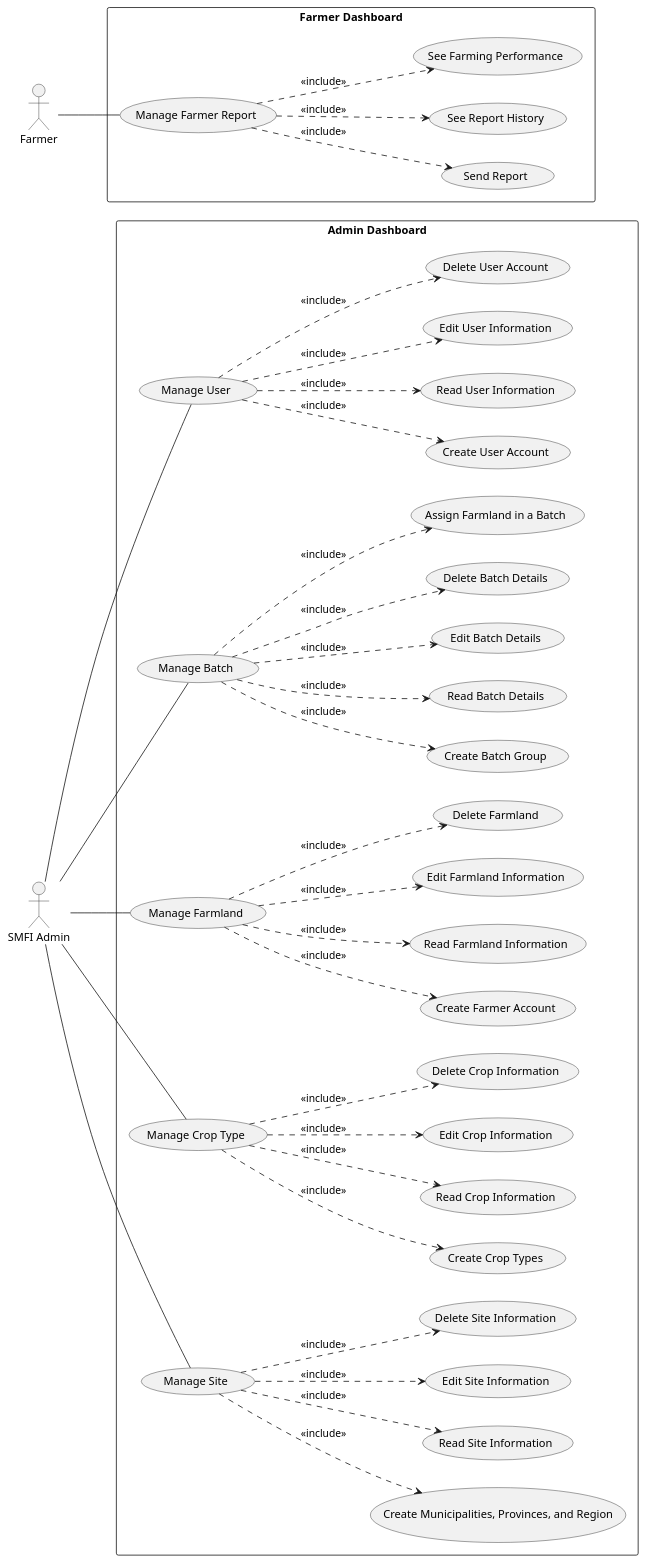
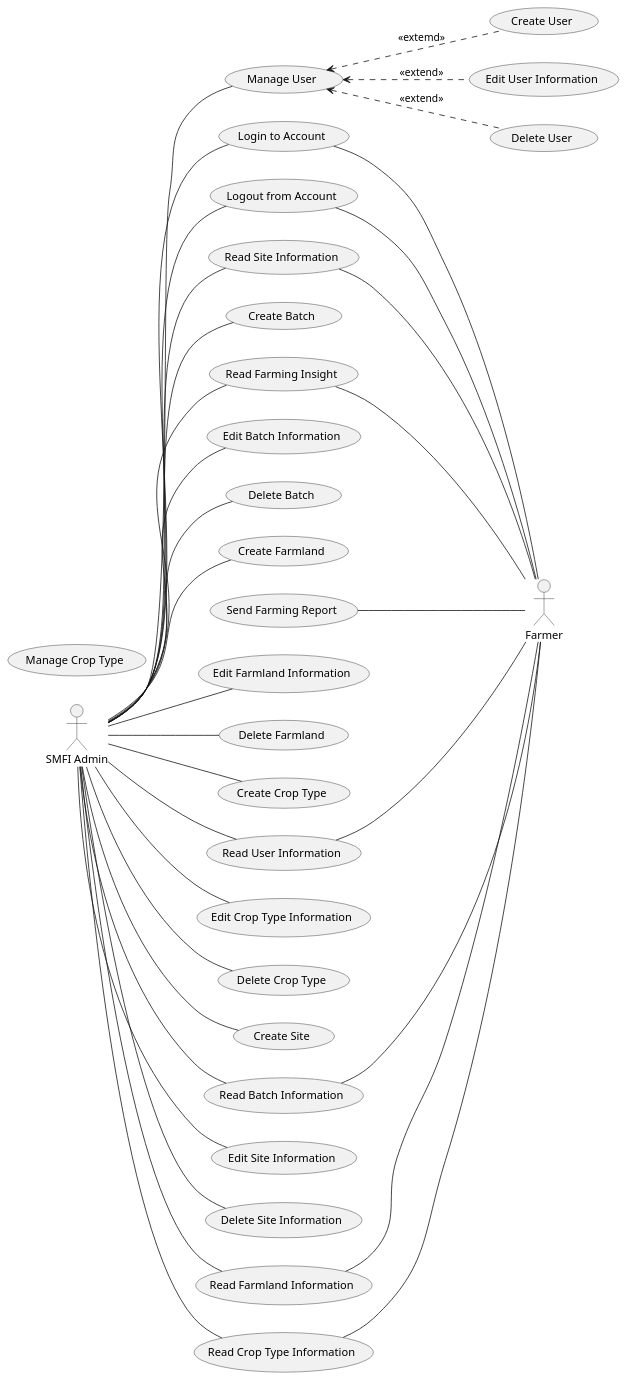
Before and after one commit to radical-doubting/anikultura-diagrams: the diagram in plantuml/proposed/usecase.wsd, drawn with PlantUML. The commit also changed 2 other files, not shown here.

Commit message:
Revised FDD and updated Use Case Diagram

```diff
--- a/plantuml/proposed/usecase.wsd
+++ b/plantuml/proposed/usecase.wsd
@@ -1,93 +1,104 @@
 @startuml
 
 left to right direction
-actor "SMFI Admin" as a
 
-rectangle "Admin Dashboard" {
-    usecase "Manage User" as AD1
-    usecase "Create User Account" as AD1.1
-    usecase "Read User Information" as AD1.2
-    usecase "Edit User Information" as AD1.3
-    usecase "Delete User Account" as AD1.4
-
-    usecase "Manage Batch" as AD2
-    usecase "Create Batch Group" as AD2.1
-    usecase "Read Batch Details" as AD2.2
-    usecase "Edit Batch Details" as AD2.3
-    usecase "Delete Batch Details" as AD2.4
-    usecase "Assign Farmland in a Batch" as AD2.5
-
-    usecase "Manage Farmland" as AD3
-    usecase "Create Farmer Account" as AD3.1
-    usecase "Read Farmland Information" as AD3.2
-    usecase "Edit Farmland Information" as AD3.3
-    usecase "Delete Farmland" as AD3.4
-
-    usecase "Manage Crop Type" as AD4
-    usecase "Create Crop Types" as AD4.1
-    usecase "Read Crop Information" as AD4.2
-    usecase "Edit Crop Information" as AD4.3
-    usecase "Delete Crop Information" as AD4.4
-
-    usecase "Manage Site" as AD5
-    usecase "Create Municipalities, Provinces, and Region" as AD5.1
-    usecase "Read Site Information" as AD5.2
-    usecase "Edit Site Information" as AD5.3
-    usecase "Delete Site Information" as AD5.4
-}
-
-actor "Farmer" as f
-
-rectangle "Farmer Dashboard" {
-    usecase "Manage Farmer Report" as FD1
-    usecase "Send Report" as FD1.1
-    usecase "See Report History" as FD1.2
-    usecase "See Farming Performance" as FD1.3
-
-    usecase "Manage Farmer Report" as FD1
-    usecase "Send Report" as FD1.1
-    usecase "See Report History" as FD1.2
-    usecase "See Farming Performance" as FD1.3
-}
+actor "SMFI Admin" as admin
+actor "Farmer" as farmer
 
 
-AD1 ..> AD1.1 : <<include>>
-AD1 ..> AD1.2 : <<include>>
-AD1 ..> AD1.3 : <<include>>
-AD1 ..> AD1.4 : <<include>>
+usecase "Login to Account" as C1.1
+usecase "Logout from Account" as C1.2
 
-AD2 ..> AD2.1 : <<include>>
-AD2 ..> AD2.2 : <<include>>
-AD2 ..> AD2.3 : <<include>>
-AD2 ..> AD2.4 : <<include>>
-AD2 ..> AD2.5 : <<include>>
+usecase "Manage User" as AD1
+usecase "Create User" as AD1.1
+usecase "Read User Information" as AD1.2
+usecase "Edit User Information" as AD1.3
+usecase "Delete User" as AD1.4
 
-AD3 ..> AD3.1 : <<include>>
-AD3 ..> AD3.2 : <<include>>
-AD3 ..> AD3.3 : <<include>>
-AD3 ..> AD3.4 : <<include>>
+usecase "Create Batch" as AD2.1
+usecase "Read Batch Information" as AD2.2
+usecase "Edit Batch Information" as AD2.3
+usecase "Delete Batch" as AD2.4
 
-AD4 ..> AD4.1 : <<include>>
-AD4 ..> AD4.2 : <<include>>
-AD4 ..> AD4.3 : <<include>>
-AD4 ..> AD4.4 : <<include>>
+usecase "Create Farmland" as AD3.1
+usecase "Read Farmland Information" as AD3.2
+usecase "Edit Farmland Information" as AD3.3
+usecase "Delete Farmland" as AD3.4
 
-AD5 ..> AD5.1 : <<include>>
-AD5 ..> AD5.2 : <<include>>
-AD5 ..> AD5.3 : <<include>>
-AD5 ..> AD5.4 : <<include>>
+usecase "Manage Crop Type" as AD4
+usecase "Create Crop Type" as AD4.1
+usecase "Read Crop Type Information" as AD4.2
+usecase "Edit Crop Type Information" as AD4.3
+usecase "Delete Crop Type" as AD4.4
 
-a -- AD1
-a -- AD2
-a -- AD3
-a -- AD4
-a -- AD5
+usecase "Create Site" as AD5.1
+usecase "Read Site Information" as AD5.2
+usecase "Edit Site Information" as AD5.3
+usecase "Delete Site Information" as AD5.4
 
-f -- FD1
+usecase "Send Farming Report" as FD1
+usecase "Read Farming Insight" as FD2
 
-FD1 ..> FD1.1 : <<include>>
-FD1 ..> FD1.2 : <<include>>
-FD1 ..> FD1.3 : <<include>>
+' Admin Usecases
+admin -- AD1
+admin -- AD1.2
+
+AD1 <.. AD1.1 : <<extemd>>
+AD1 <.. AD1.3 : <<extend>>
+AD1 <.. AD1.4 : <<extend>>
+
+' AD1.1 <.. AD1.1.1 : <<extend>>
+' AD1.1 <.. AD1.1.2 : <<extend>>
+
+admin -- AD2.1
+admin -- AD2.2
+admin -- AD2.3
+admin -- AD2.4
+
+' AD2.1 <.. AD2.1.1 : <<extend>>
+
+admin -- AD3.1
+admin -- AD3.2
+admin -- AD3.3
+admin -- AD3.4
+
+' AD3.1 <.. AD3.1.1 : <<extend>>
+' AD3.1 <.. AD3.1.2 : <<extend>>
+
+admin -- AD4.1
+admin -- AD4.2
+
+admin -- AD4.3
+admin -- AD4.4
+
+admin -- AD5.1
+admin -- AD5.2
+
+admin -- AD5.3
+admin -- AD5.4
+
+admin -- C1.1
+admin -- C1.2
+admin -- FD2
+
+' Farmer Usecases
+
+C1.1 -- farmer
+C1.2 -- farmer
+AD1.2 -- farmer
+AD2.2 -- farmer
+AD3.2 -- farmer
+AD4.2 -- farmer
+AD5.2 -- farmer
+FD2 -- farmer
+
+FD1 -- farmer
+
+' FD1 ..> FD2 : <<extend>>
+' FD2 ..> FD2.1 : <<include>>
+' FD2 ..> FD2.2 : <<include>>
+' FD2 ..> FD2.3 : <<include>>
+' FD2 ..> FD2.4 : <<include>>
 
 
 @enduml
```
